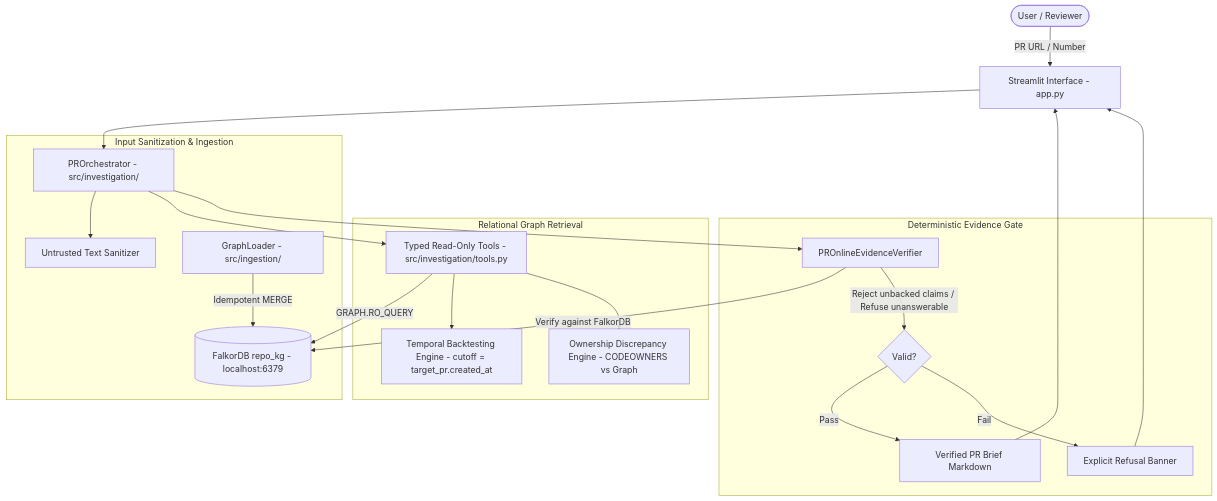
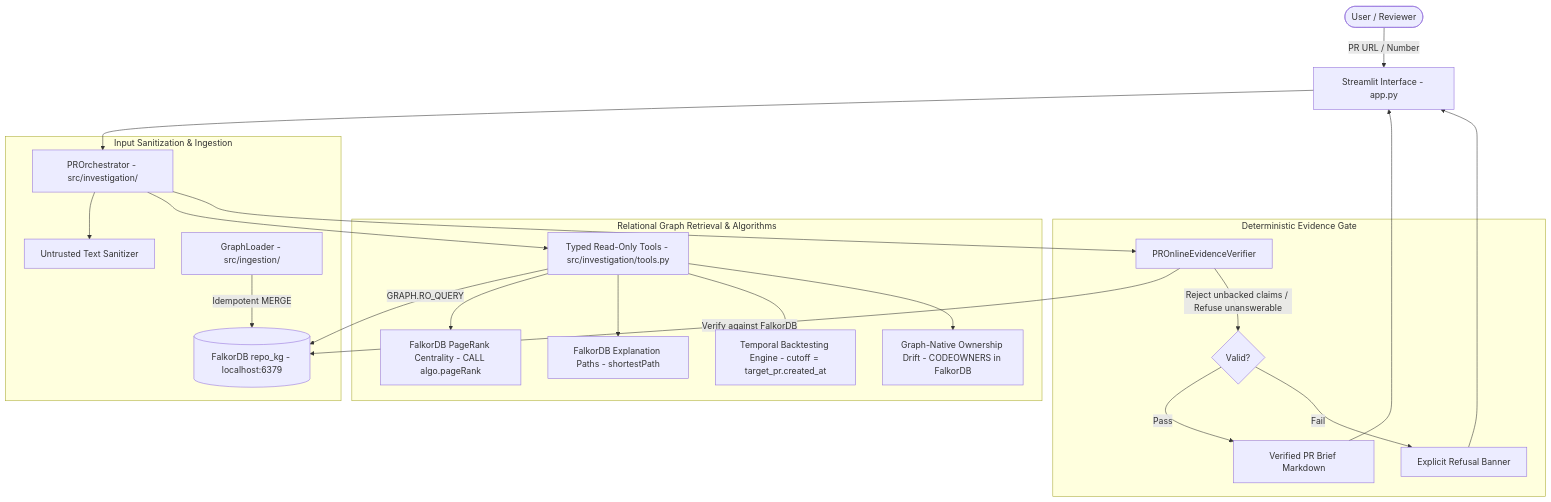
Before and after one commit to saksham-AI500/Graph_Hackathon-Company-Brain-: the first of 2 diagrams in README.md, drawn with Mermaid. The commit also changed other lines of this file and 2 other files, not shown here.

````diff
--- a/README.md
+++ b/README.md
@@ -67,28 +68,30 @@
 ```mermaid
 graph TD
     User([User / Reviewer]) -->|PR URL / Number| UI[Streamlit Interface - app.py]
     UI --> Orchestrator[PROrchestrator - src/investigation/]
 
     subgraph Input Sanitization & Ingestion
         Orchestrator --> Sanitizer[Untrusted Text Sanitizer]
         Loader[GraphLoader - src/ingestion/] -->|Idempotent MERGE| FalkorDB[(FalkorDB repo_kg - localhost:6379)]
     end
 
-    subgraph Relational Graph Retrieval
+    subgraph Relational Graph Retrieval & Algorithms
         Orchestrator --> Tools[Typed Read-Only Tools - src/investigation/tools.py]
         Tools -->|GRAPH.RO_QUERY| FalkorDB
+        Tools --> PageRank[FalkorDB PageRank Centrality - CALL algo.pageRank]
+        Tools --> ShortestPath[FalkorDB Explanation Paths - shortestPath]
         Tools --> Temporal[Temporal Backtesting Engine - cutoff = target_pr.created_at]
-        Tools --> Drift[Ownership Discrepancy Engine - CODEOWNERS vs Graph]
+        Tools --> Drift[Graph-Native Ownership Drift - CODEOWNERS in FalkorDB]
     end
 
     subgraph Deterministic Evidence Gate
         Orchestrator --> Gatekeeper[PROnlineEvidenceVerifier]
         Gatekeeper -->|Verify against FalkorDB| FalkorDB
         Gatekeeper -->|Reject unbacked claims / Refuse unanswerable| Decision{Valid?}
         Decision -->|Pass| Brief[Verified PR Brief Markdown]
         Decision -->|Fail| Refusal[Explicit Refusal Banner]
     end
 
     Brief --> UI
     Refusal --> UI
 ```
````
